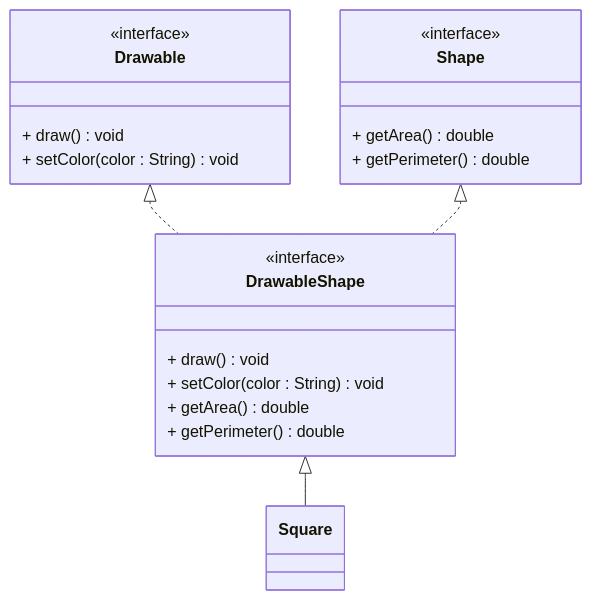
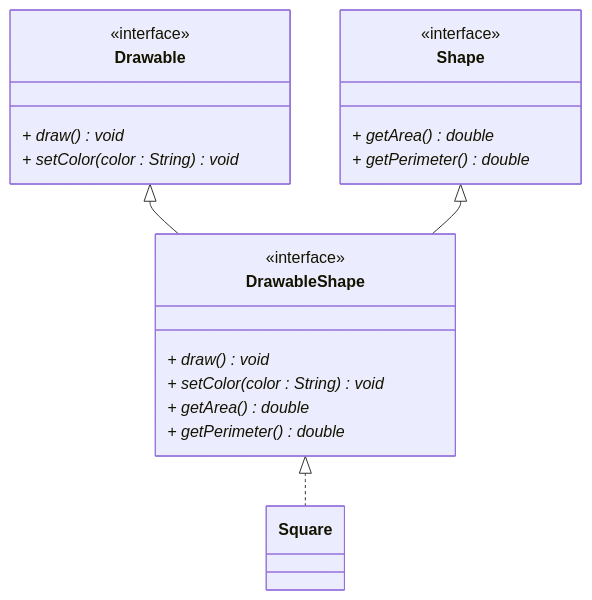
One commit to TroelsMortensen/Codelabs2 changed the first of 2 diagrams in Articles/Session 15 - Interfaces/005 Interface inheritance.md. Above: the diagram before and after it, drawn with Mermaid. The commit also changed other lines of this file and 6 other files, not shown here.

````diff
--- a/Articles/Session 15 - Interfaces/005 Interface inheritance.md
+++ b/Articles/Session 15 - Interfaces/005 Interface inheritance.md
@@ -7,28 +7,28 @@
 ```mermaid
 classDiagram
     class Drawable {
         <<interface>>
-        + draw() void
-        + setColor(color : String) void
+        _+ draw() void_
+        _+ setColor(color : String) void_
     }
 
     
     class Shape {
         <<interface>>
-        + getArea() double
-        + getPerimeter() double
+        _+ getArea() double_
+        _+ getPerimeter() double_
     }
     
     class DrawableShape {
         <<interface>>
-        + draw() void
-        + setColor(color : String) void
-        + getArea() double
-        + getPerimeter() double
+        _+ draw() void_
+        _+ setColor(color : String) void_
+        _+ getArea() double_
+        _+ getPerimeter() double_
     }
 
     
-    Drawable <|.. DrawableShape
-    Shape <|.. DrawableShape
-    DrawableShape <|-- Square
+    Drawable <|-- DrawableShape
+    Shape <|-- DrawableShape
+    DrawableShape <|.. Square
 ```
````
